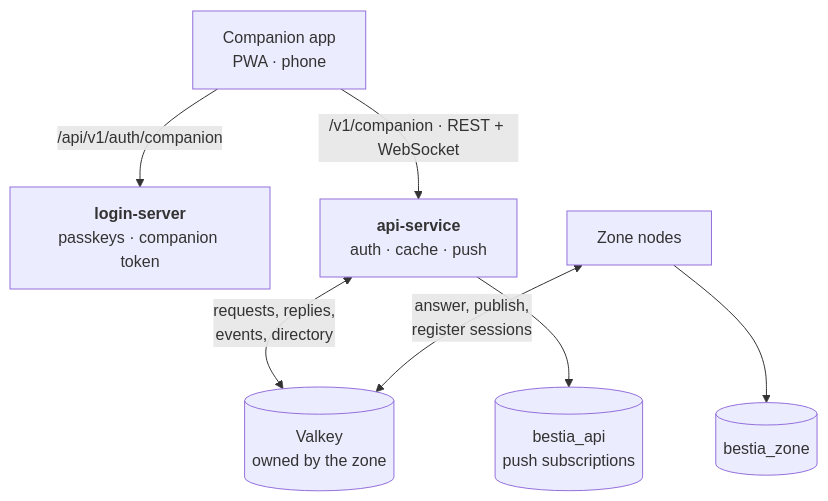
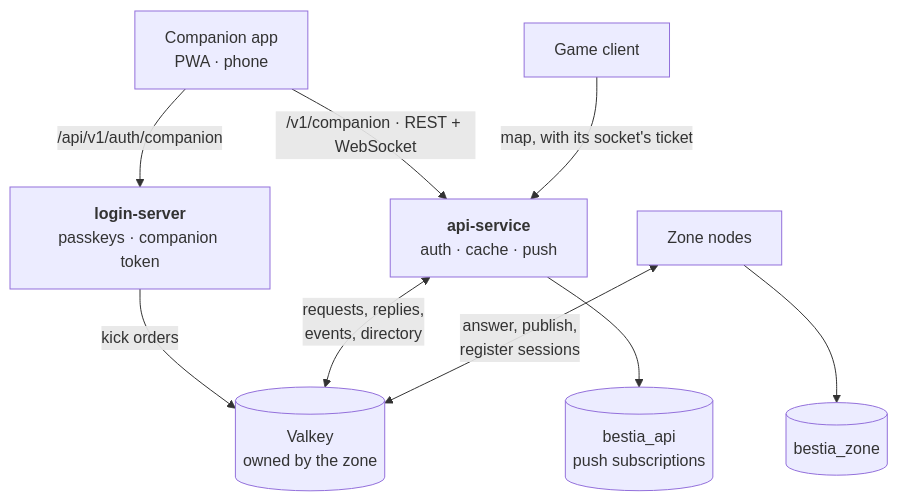
The diagram in content/docs/server/api-service.md (tfelix/bestia-docs), drawn with Mermaid before and after one commit. The commit also changed other lines of this file and 7 other files, not shown here.

First line of the commit message:
docs(server): the zone serves no HTTP; the game map comes from the API service

````diff
--- a/content/docs/server/api-service.md
+++ b/content/docs/server/api-service.md
@@ -27,9 +28,11 @@
 ```mermaid
 graph TB
   A["Companion app<br/>PWA · phone"] -->|"/api/v1/auth/companion"| L["<b>login-server</b><br/>passkeys · companion token"]
   A -->|"/v1/companion · REST + WebSocket"| API["<b>api-service</b><br/>auth · cache · push"]
+  G["Game client"] -->|"map, with its socket's ticket"| API
+  L -->|"kick orders"| V
   API <-->|"requests, replies,<br/>events, directory"| V[("Valkey<br/>owned by the zone")]
   Z["Zone nodes"] <-->|"answer, publish,<br/>register sessions"| V
   API --> DB[("bestia_api<br/>push subscriptions")]
   Z --> ZDB[("bestia_zone")]
 ```
````
